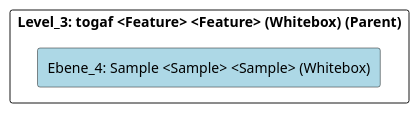
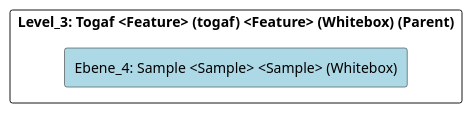
Before and after one commit to marcozwyssig/cleon: the diagram in doc/cleonproject_deliverables_architecture_model_architecture/adoc/de/05_bausteinsicht/cleon/architecture_methods/togaf/sample/ebene_4_sample.adoc, drawn with PlantUML. The commit also changed other lines of this file and 166 other files, not shown here.

```diff
--- a/doc/cleonproject_deliverables_architecture_model_architecture/adoc/de/05_bausteinsicht/cleon/architecture_methods/togaf/sample/ebene_4_sample.adoc
+++ b/doc/cleonproject_deliverables_architecture_model_architecture/adoc/de/05_bausteinsicht/cleon/architecture_methods/togaf/sample/ebene_4_sample.adoc
@@ -20,24 +20,24 @@
 [plantuml, Ebene_4: Sample <Sample> <Sample> (Whitebox)BlockOverview, format="svg"]
 ----
 @startuml Ebene_4: Sample <Sample> <Sample> (Whitebox)BuildingBlockOverview
 
 skinparam ranksep 10
 skinparam componentStyle rectangle
 skinparam shadowing false
 skinparam arrowColor lightblue
 skinparam arrowThickness 1.2
 skinparam rectangle {
   BackgroundColor White
   BorderColor #333
   RoundCorner 10
 }
 top to bottom direction
 
-component "Level_3: togaf <Feature> <Feature> (Whitebox) (Parent)" {
+component "Level_3: Togaf <Feature> (togaf) <Feature> (Whitebox) (Parent)" {
     component "Ebene_4: Sample <Sample> <Sample> (Whitebox)" #lightblue {
     }
 
 }
 
 @enduml
 ----
```
